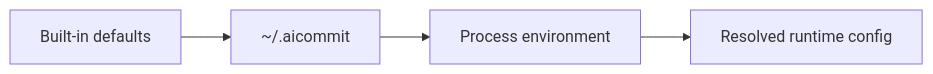
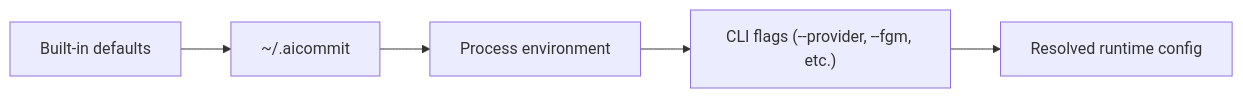
One commit to russmckendrick/aicommit changed the diagram in docs/configuration.md. Above: the diagram before and after it, drawn with Mermaid. The commit also changed 4 other files, not shown here.

````diff
--- a/docs/configuration.md
+++ b/docs/configuration.md
@@ -9,6 +9,7 @@
 ```mermaid
 flowchart LR
     Defaults["Built-in defaults"] --> Global["~/.aicommit"]
     Global --> Env["Process environment"]
-    Env --> Runtime["Resolved runtime config"]
+    Env --> Flags["CLI flags (--provider, --fgm, etc.)"]
+    Flags --> Runtime["Resolved runtime config"]
 ```
````
